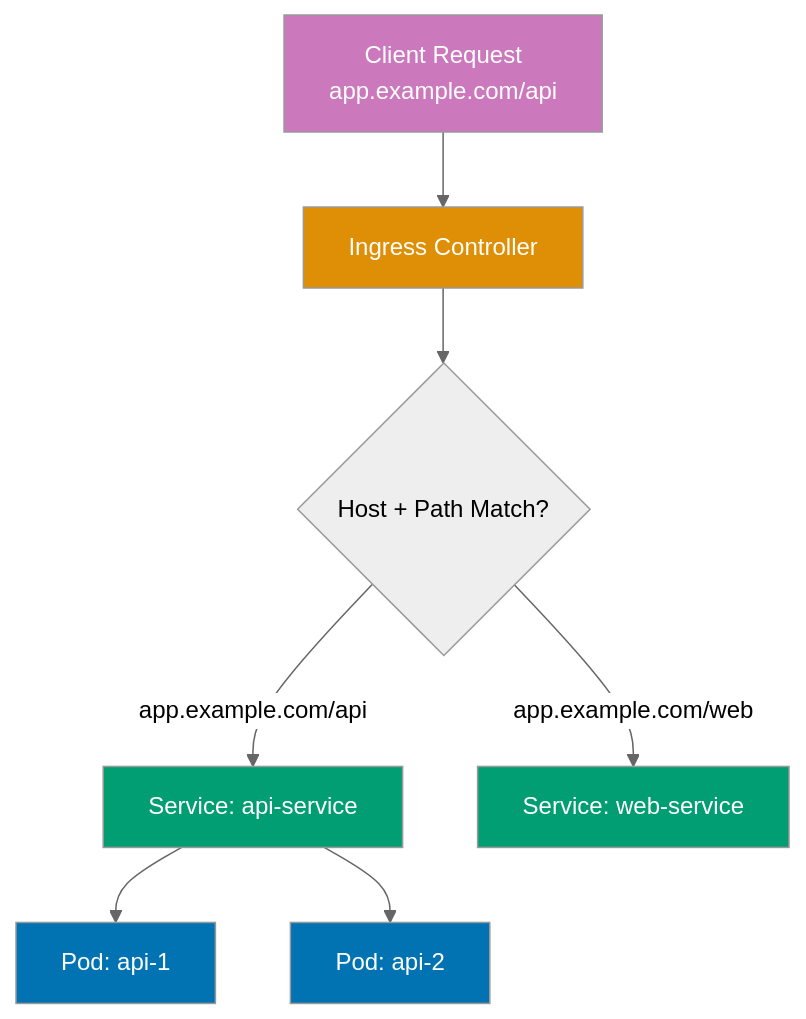
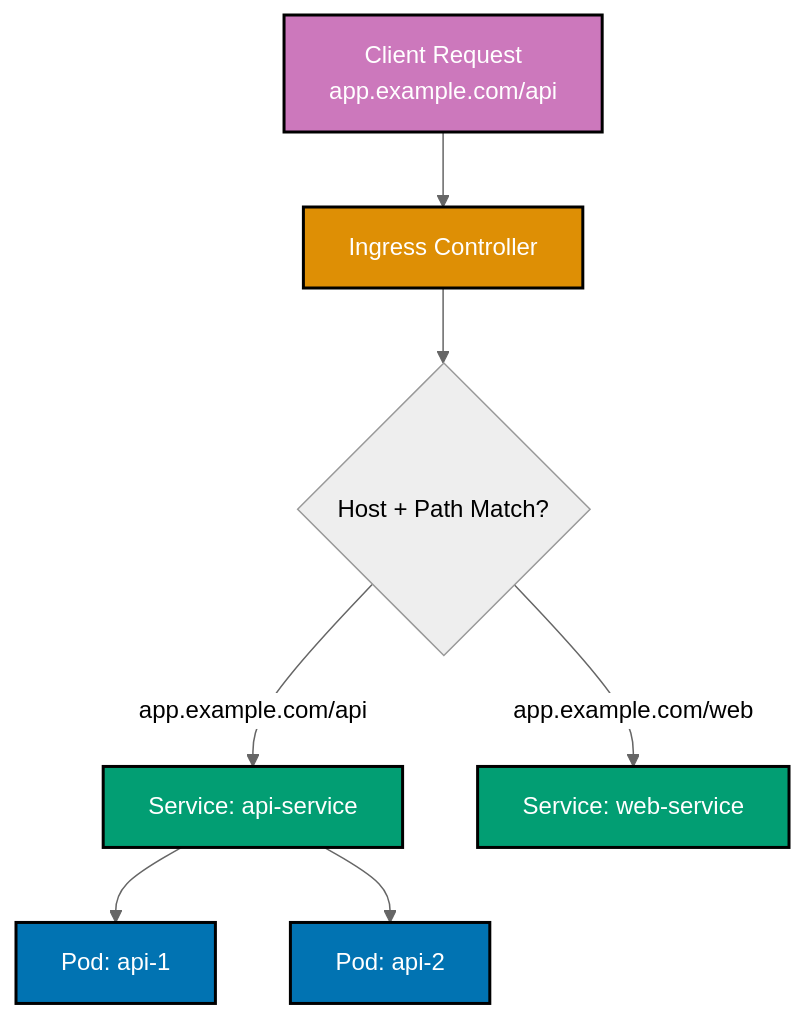
One commit to wahidyankf/open-sharia-enterprise changed the sixth of 12 diagrams in apps/ayokoding-web/content/en/learn/software-engineering/infrastructure/tools/kubernetes/by-example/intermediate.md. Above: the diagram before and after it, drawn with Mermaid (neutral theme). The commit also changed other lines of this file and 25 other files, not shown here.

````diff
--- a/apps/ayokoding-web/content/en/learn/software-engineering/infrastructure/tools/kubernetes/by-example/intermediate.md
+++ b/apps/ayokoding-web/content/en/learn/software-engineering/infrastructure/tools/kubernetes/by-example/intermediate.md
@@ -1109,17 +1114,18 @@
 ```mermaid
+%% Color Palette: Blue #0173B2, Orange #DE8F05, Teal #029E73, Purple #CC78BC, Brown #CA9161
 %% Ingress routing
 graph TD
  A[Client Request<br/>app.example.com/api] --> B[Ingress Controller]
  B --> C{Host + Path Match?}
  C -->|app.example.com/api| D[Service: api-service]
  C -->|app.example.com/web| E[Service: web-service]
  D --> F[Pod: api-1]
  D --> G[Pod: api-2]
 
- style A fill:#CC78BC,color:#fff
- style B fill:#DE8F05,color:#fff
- style D fill:#029E73,color:#fff
- style E fill:#029E73,color:#fff
- style F fill:#0173B2,color:#fff
- style G fill:#0173B2,color:#fff
+ style A fill:#CC78BC,stroke:#000000,stroke-width:2px,color:#fff
+ style B fill:#DE8F05,stroke:#000000,stroke-width:2px,color:#fff
+ style D fill:#029E73,stroke:#000000,stroke-width:2px,color:#fff
+ style E fill:#029E73,stroke:#000000,stroke-width:2px,color:#fff
+ style F fill:#0173B2,stroke:#000000,stroke-width:2px,color:#fff
+ style G fill:#0173B2,stroke:#000000,stroke-width:2px,color:#fff
 ```
````
